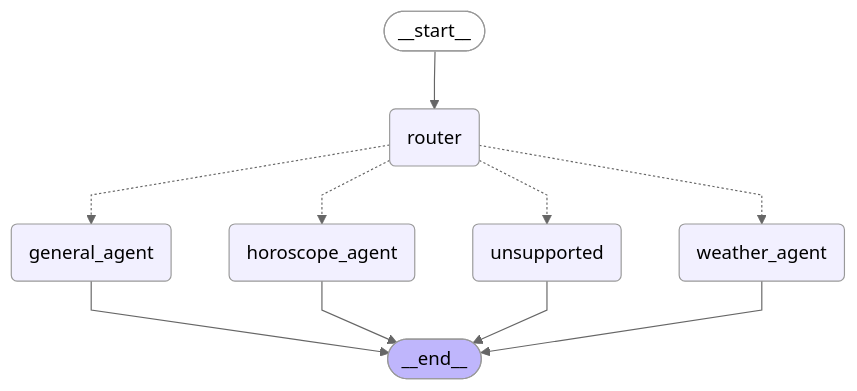
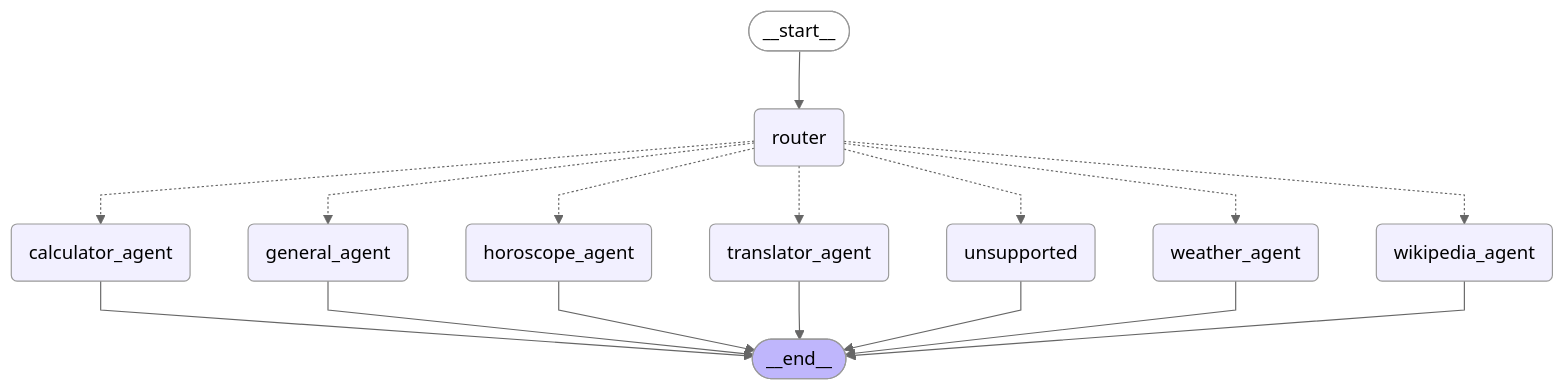
One commit to AChierici84/alexaAgent changed the diagram in supervisor_graph.md. Above: the diagram before and after it, drawn with Mermaid (neutral theme). The commit also changed 3 other files, not shown here.

````diff
--- a/supervisor_graph.md
+++ b/supervisor_graph.md
@@ -5,24 +5,33 @@
 ```mermaid
 %%{init: {'flowchart': {'curve': 'linear'}}}%%
 graph TD;
 	__start__([<p>__start__</p>]):::first
 	router(router)
 	weather_agent(weather_agent)
 	horoscope_agent(horoscope_agent)
 	general_agent(general_agent)
+	wikipedia_agent(wikipedia_agent)
+	calculator_agent(calculator_agent)
+	translator_agent(translator_agent)
 	unsupported(unsupported)
 	__end__([<p>__end__</p>]):::last
 	__start__ --> router;
+	calculator_agent --> __end__;
 	general_agent --> __end__;
 	horoscope_agent --> __end__;
+	translator_agent --> __end__;
 	unsupported --> __end__;
 	weather_agent --> __end__;
+	wikipedia_agent --> __end__;
 	router -.-> weather_agent;
 	router -.-> horoscope_agent;
+	router -.-> wikipedia_agent;
+	router -.-> calculator_agent;
+	router -.-> translator_agent;
 	router -.-> general_agent;
 	router -.-> unsupported;
 	classDef default fill:#f2f0ff,line-height:1.2
 	classDef first fill-opacity:0
 	classDef last fill:#bfb6fc
 
 ```
````
